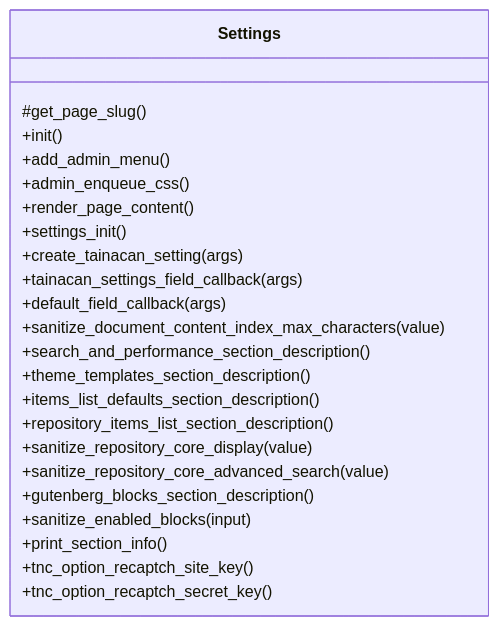
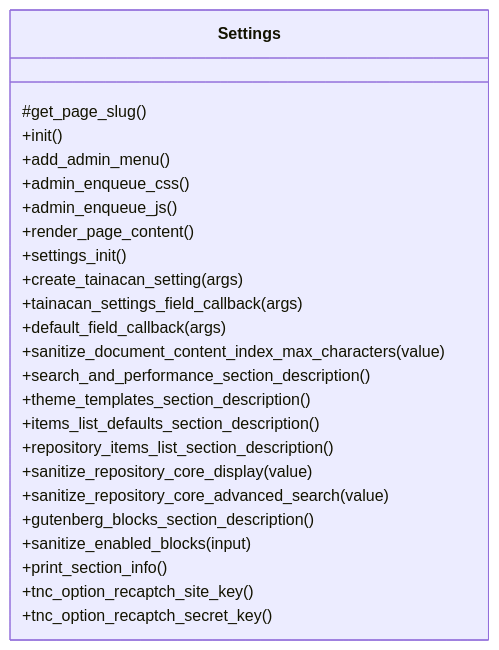
One commit to tainacan/tainacan changed the diagram in docs/phpdoc/classes/Tainacan/Settings.mmd. Above: the diagram before and after it, drawn with Mermaid. The commit also changed 4 other files, not shown here.

```diff
--- a/docs/phpdoc/classes/Tainacan/Settings.mmd
+++ b/docs/phpdoc/classes/Tainacan/Settings.mmd
@@ -1,25 +1,26 @@
 classDiagram
     direction TB
     class Settings {
         #get_page_slug()
         +init()
         +add_admin_menu()
         +admin_enqueue_css()
+        +admin_enqueue_js()
         +render_page_content()
         +settings_init()
         +create_tainacan_setting(args)
         +tainacan_settings_field_callback(args)
         +default_field_callback(args)
         +sanitize_document_content_index_max_characters(value)
         +search_and_performance_section_description()
         +theme_templates_section_description()
         +items_list_defaults_section_description()
         +repository_items_list_section_description()
         +sanitize_repository_core_display(value)
         +sanitize_repository_core_advanced_search(value)
         +gutenberg_blocks_section_description()
         +sanitize_enabled_blocks(input)
         +print_section_info()
         +tnc_option_recaptch_site_key()
         +tnc_option_recaptch_secret_key()
     }
```
